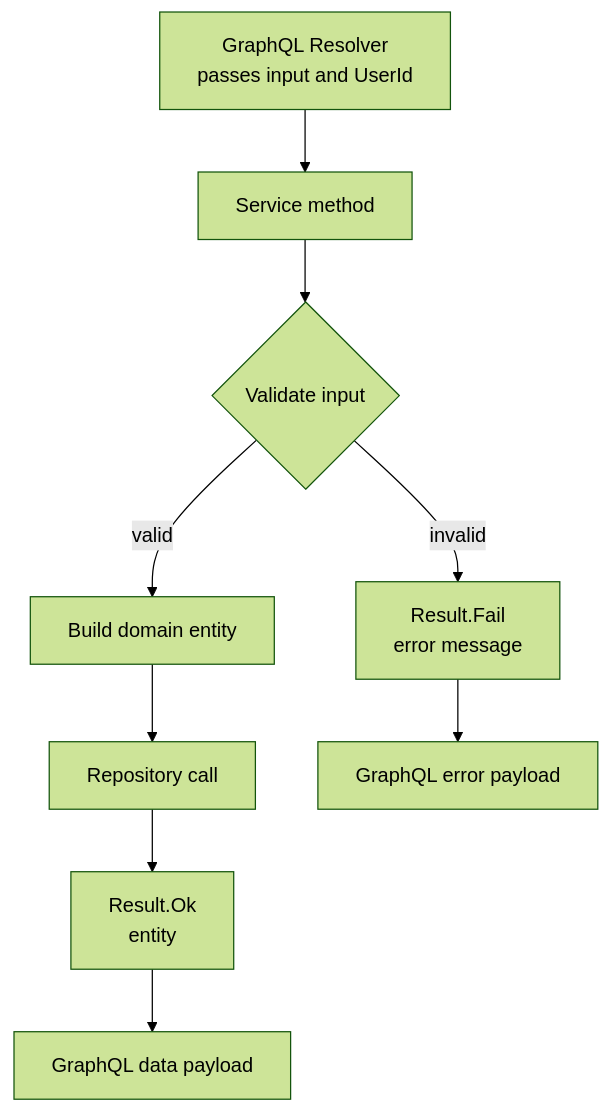
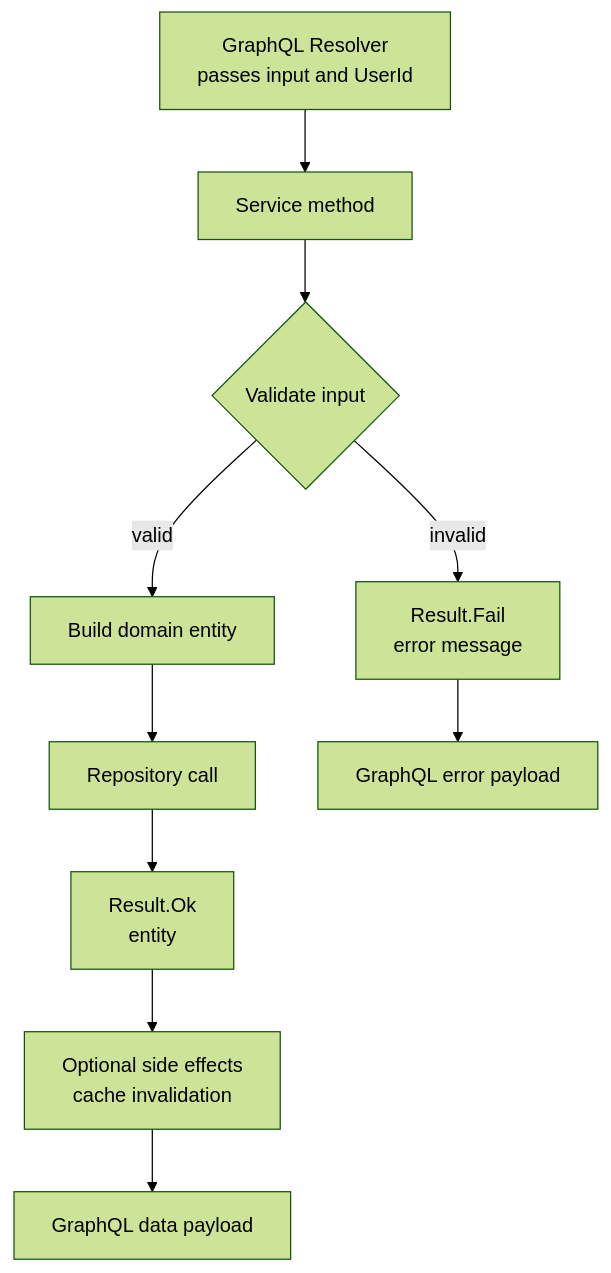
One commit to dev-personal-projects/vela changed the second of 9 diagrams in docs/phases/PHASE-3-application.md. Above: the diagram before and after it, drawn with Mermaid (forest theme). The commit also changed other lines of this file and 7 other files, not shown here.

````diff
--- a/docs/phases/PHASE-3-application.md
+++ b/docs/phases/PHASE-3-application.md
@@ -84,14 +97,15 @@
 ```mermaid
 flowchart TD
     RESOLVER[GraphQL Resolver\npasses input and UserId]
     RESOLVER --> SVC[Service method]
 
     SVC --> VAL{Validate input}
     VAL -- invalid --> FAIL[Result.Fail\nerror message]
     VAL -- valid --> BUILD[Build domain entity]
     BUILD --> REPO[Repository call]
     REPO --> OK[Result.Ok\nentity]
+    OK --> INV[Optional side effects\ncache invalidation]
 
     FAIL --> ERR[GraphQL error payload]
-    OK --> DATA[GraphQL data payload]
+    INV --> DATA[GraphQL data payload]
 ```
````
